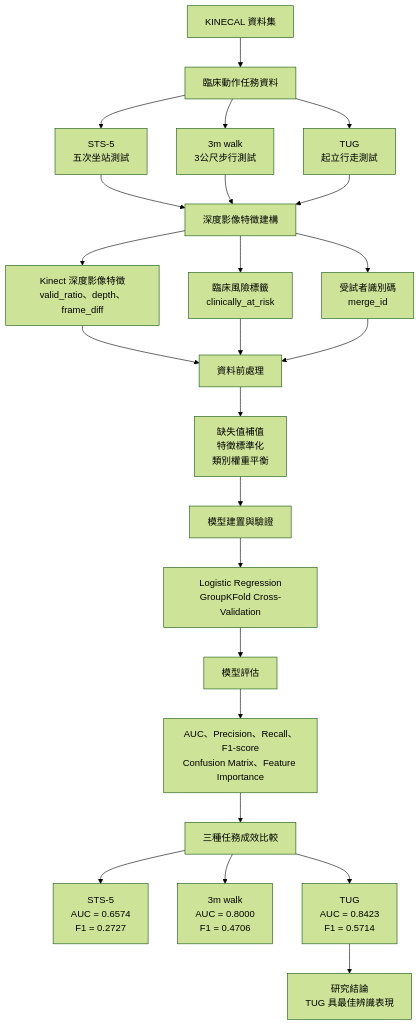
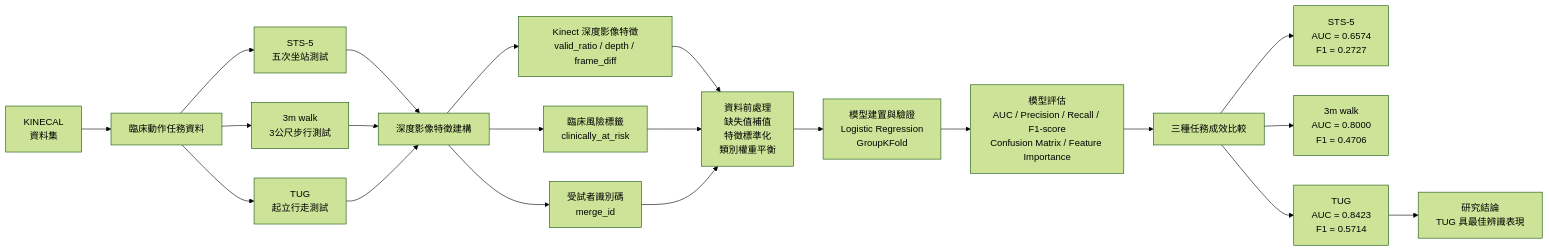
One commit to CHIUTZUCHUNAN/114-1B-5 changed the diagram in hw05.md. Above: the diagram before and after it, drawn with Mermaid (forest theme).

````diff
--- a/hw05.md
+++ b/hw05.md
@@ -1,35 +1,32 @@
 ```mermaid
-flowchart TD
-    A["KINECAL 資料集"] --> B["臨床動作任務資料"]
+flowchart LR
+    A["KINECAL<br/>資料集"] --> B["臨床動作任務資料"]
 
     B --> B1["STS-5<br/>五次坐站測試"]
     B --> B2["3m walk<br/>3公尺步行測試"]
     B --> B3["TUG<br/>起立行走測試"]
 
     B1 --> C["深度影像特徵建構"]
     B2 --> C
     B3 --> C
 
-    C --> C1["Kinect 深度影像特徵<br/>valid_ratio、depth、frame_diff"]
+    C --> C1["Kinect 深度影像特徵<br/>valid_ratio / depth / frame_diff"]
     C --> C2["臨床風險標籤<br/>clinically_at_risk"]
     C --> C3["受試者識別碼<br/>merge_id"]
 
-    C1 --> D["資料前處理"]
+    C1 --> D["資料前處理<br/>缺失值補值<br/>特徵標準化<br/>類別權重平衡"]
     C2 --> D
     C3 --> D
 
-    D --> D1["缺失值補值<br/>特徵標準化<br/>類別權重平衡"]
+    D --> E["模型建置與驗證<br/>Logistic Regression<br/>GroupKFold"]
 
-    D1 --> E["模型建置與驗證"]
-    E --> E1["Logistic Regression<br/>GroupKFold Cross-Validation"]
+    E --> F["模型評估<br/>AUC / Precision / Recall / F1-score<br/>Confusion Matrix / Feature Importance"]
 
-    E1 --> F["模型評估"]
-    F --> F1["AUC、Precision、Recall、F1-score<br/>Confusion Matrix、Feature Importance"]
+    F --> G["三種任務成效比較"]
 
-    F1 --> G["三種任務成效比較"]
     G --> G1["STS-5<br/>AUC = 0.6574<br/>F1 = 0.2727"]
     G --> G2["3m walk<br/>AUC = 0.8000<br/>F1 = 0.4706"]
     G --> G3["TUG<br/>AUC = 0.8423<br/>F1 = 0.5714"]
 
     G3 --> H["研究結論<br/>TUG 具最佳辨識表現"]
 ```
````
